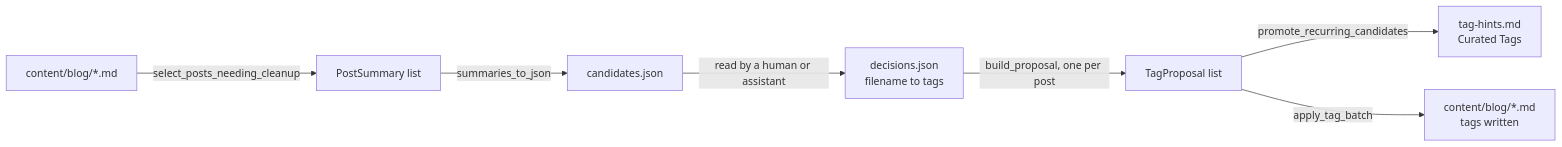
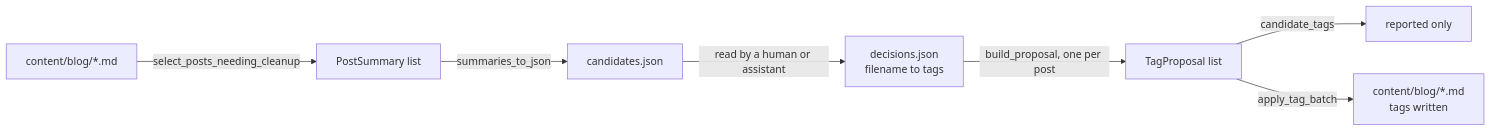
Before and after one commit to pitosalas/salasblog2: the first of 2 diagrams in 01-literate/11-tag_cleanup.md, drawn with Mermaid. The commit also changed other lines of this file and 31 other files, not shown here.

First line of the commit message:
F55: close the curated tag list at 16 tags

````diff
--- a/01-literate/11-tag_cleanup.md
+++ b/01-literate/11-tag_cleanup.md
@@ -43,9 +43,9 @@
 ```mermaid
 flowchart LR
     A[content/blog/*.md] -->|select_posts_needing_cleanup| B[PostSummary list]
     B -->|summaries_to_json| C[candidates.json]
     C -->|read by a human or assistant| D[decisions.json<br/>filename to tags]
     D -->|build_proposal, one per post| E[TagProposal list]
-    E -->|promote_recurring_candidates| F[tag-hints.md<br/>Curated Tags]
+    E -->|candidate_tags| F[reported only]
     E -->|apply_tag_batch| G[content/blog/*.md<br/>tags written]
 ```
````
